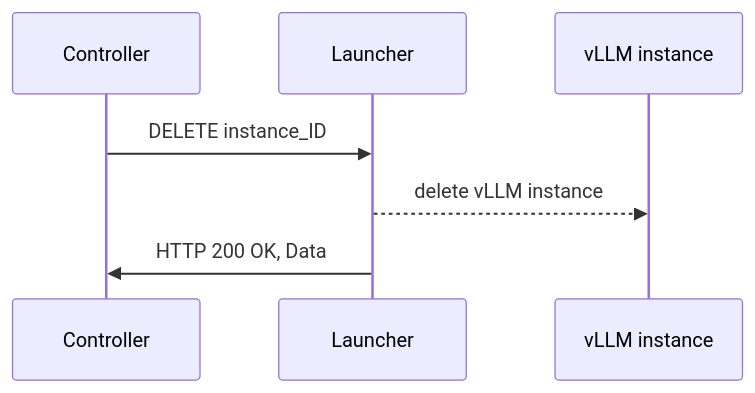
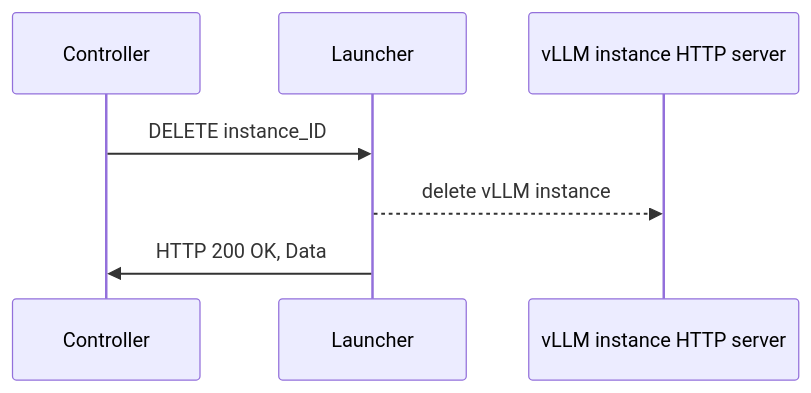
The second of 3 diagrams in docs/launcher.md (llm-d-incubation/llm-d-fast-model-actuation), drawn with Mermaid before and after one commit. The commit also changed other lines of this file, not shown here.

````diff
--- a/docs/launcher.md
+++ b/docs/launcher.md
@@ -57,10 +57,10 @@
 ```mermaid
 sequenceDiagram
     participant Controller
     participant Launcher
-    participant vLLM instance
+    participant vLLM instance HTTP server
 
     Controller->>Launcher: DELETE instance_ID
-    Launcher-->>vLLM instance: delete vLLM instance
+    Launcher-->>vLLM instance HTTP server: delete vLLM instance
     Launcher->>Controller: HTTP 200 OK, Data
 ```
````
